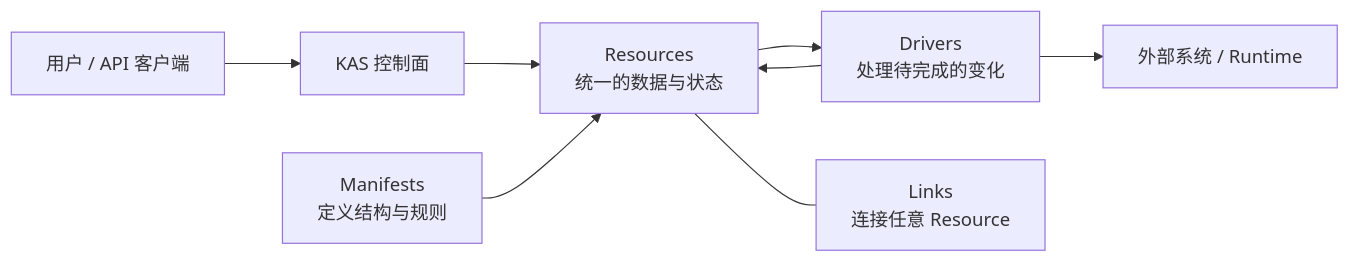
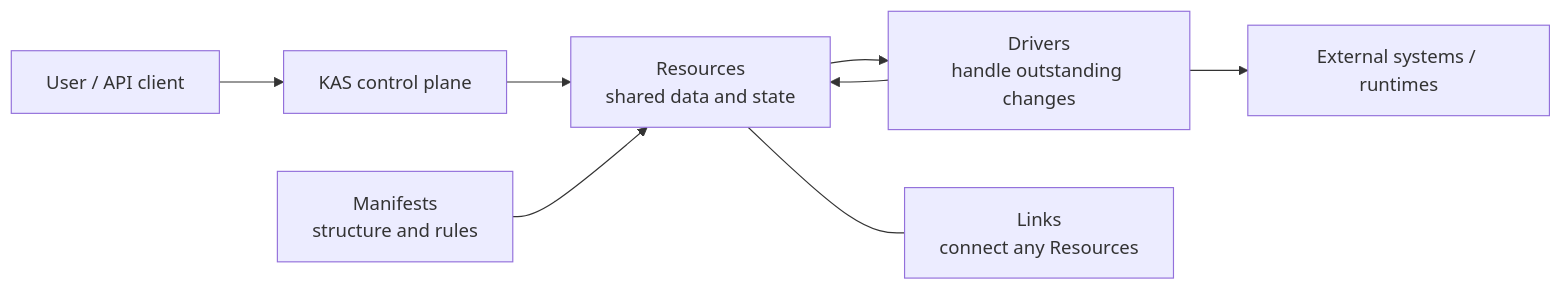
The first of 3 diagrams in README.md (kdxcxs/kas), drawn with Mermaid before and after one commit. The commit also changed other lines of this file and 5 other files, not shown here.

````diff
--- a/README.md
+++ b/README.md
@@ -14,10 +18,10 @@
 ```mermaid
 flowchart LR
-    U["用户 / API 客户端"] --> K["KAS 控制面"]
-    K --> R["Resources<br/>统一的数据与状态"]
-    M["Manifests<br/>定义结构与规则"] --> R
-    R --> D["Drivers<br/>处理待完成的变化"]
-    D --> E["外部系统 / Runtime"]
+    U["User / API client"] --> K["KAS control plane"]
+    K --> R["Resources<br/>shared data and state"]
+    M["Manifests<br/>structure and rules"] --> R
+    R --> D["Drivers<br/>handle outstanding changes"]
+    D --> E["External systems / runtimes"]
     D --> R
-    R --- L["Links<br/>连接任意 Resource"]
+    R --- L["Links<br/>connect any Resources"]
 ```
````
